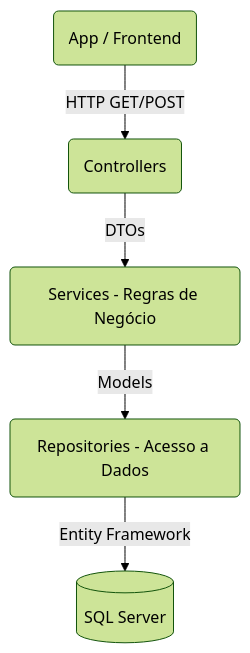
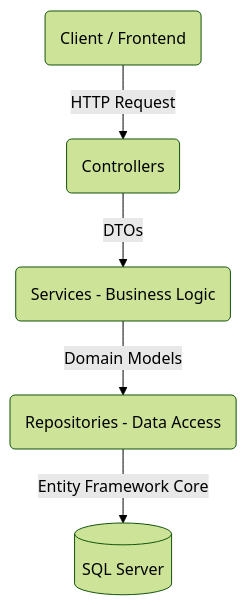
Before and after one commit to SgT012003/Challeng-Csharp: the first of 2 diagrams in README.md, drawn with Mermaid (forest theme). The commit also changed other lines of this file and 1 other file, not shown here.

````diff
--- a/README.md
+++ b/README.md
@@ -11,7 +50,7 @@
 ```mermaid
 graph TD
-    UI(App / Frontend) -->|HTTP GET/POST| C(Controllers)
-    C -->|DTOs| S(Services - Regras de Negócio)
-    S -->|Models| R(Repositories - Acesso a Dados)
-    R -->|Entity Framework| DB[(SQL Server)]
+    UI(Client / Frontend) -->|HTTP Request| C(Controllers)
+    C -->|DTOs| S(Services - Business Logic)
+    S -->|Domain Models| R(Repositories - Data Access)
+    R -->|Entity Framework Core| DB[(SQL Server)]
 ```
````
